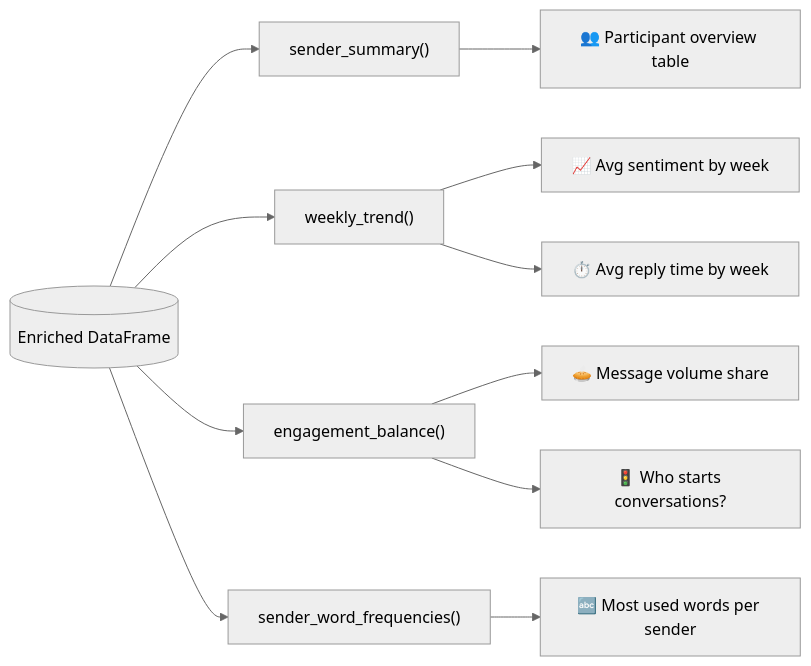
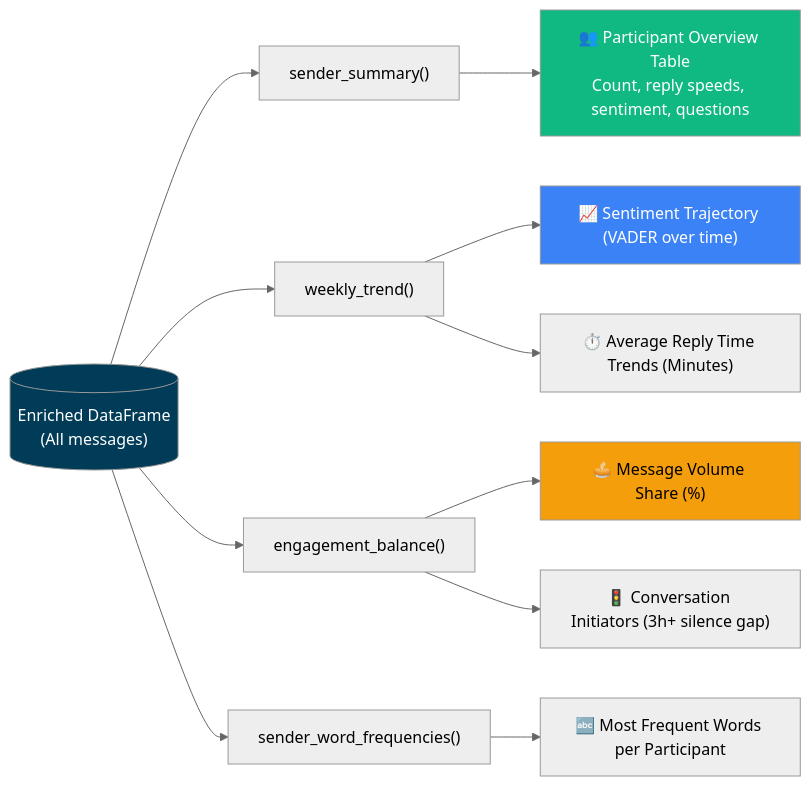
One commit to vVIBHORj/chatlens_v2 changed the ninth of 10 diagrams in README.md. Above: the diagram before and after it, drawn with Mermaid (neutral theme). The commit also changed other lines of this file and 5 other files, not shown here.

Commit message:
feat: context-aware relevance grading, fail-closed BM-03 comparison harness, and comprehensive README architecture update

````diff
--- a/README.md
+++ b/README.md
@@ -477,14 +434,19 @@
 ```mermaid
 flowchart LR
-    DF[("Enriched DataFrame")] --> S["sender_summary()"]
+    DF[("Enriched DataFrame<br/>(All messages)")] --> S["sender_summary()"]
     DF --> W["weekly_trend()"]
     DF --> E["engagement_balance()"]
     DF --> F["sender_word_frequencies()"]
 
-    S --> S1["👥 Participant overview table"]
-    W --> W1["📈 Avg sentiment by week"]
-    W --> W2["⏱️ Avg reply time by week"]
-    E --> E1["🥧 Message volume share"]
-    E --> E2["🚦 Who starts conversations?"]
-    F --> F1["🔤 Most used words per sender"]
+    S --> S1["👥 Participant Overview Table<br/>Count, reply speeds, sentiment, questions"]
+    W --> W1["📈 Sentiment Trajectory (VADER over time)"]
+    W --> W2["⏱️ Average Reply Time Trends (Minutes)"]
+    E --> E1["🥧 Message Volume Share (%)"]
+    E --> E2["🚦 Conversation Initiators (3h+ silence gap)"]
+    F --> F1["🔤 Most Frequent Words per Participant"]
+
+    style DF fill:#003B57,color:#fff
+    style S1 fill:#10b981,color:#fff
+    style W1 fill:#3b82f6,color:#fff
+    style E1 fill:#f59e0b,color:#000
 ```
````
